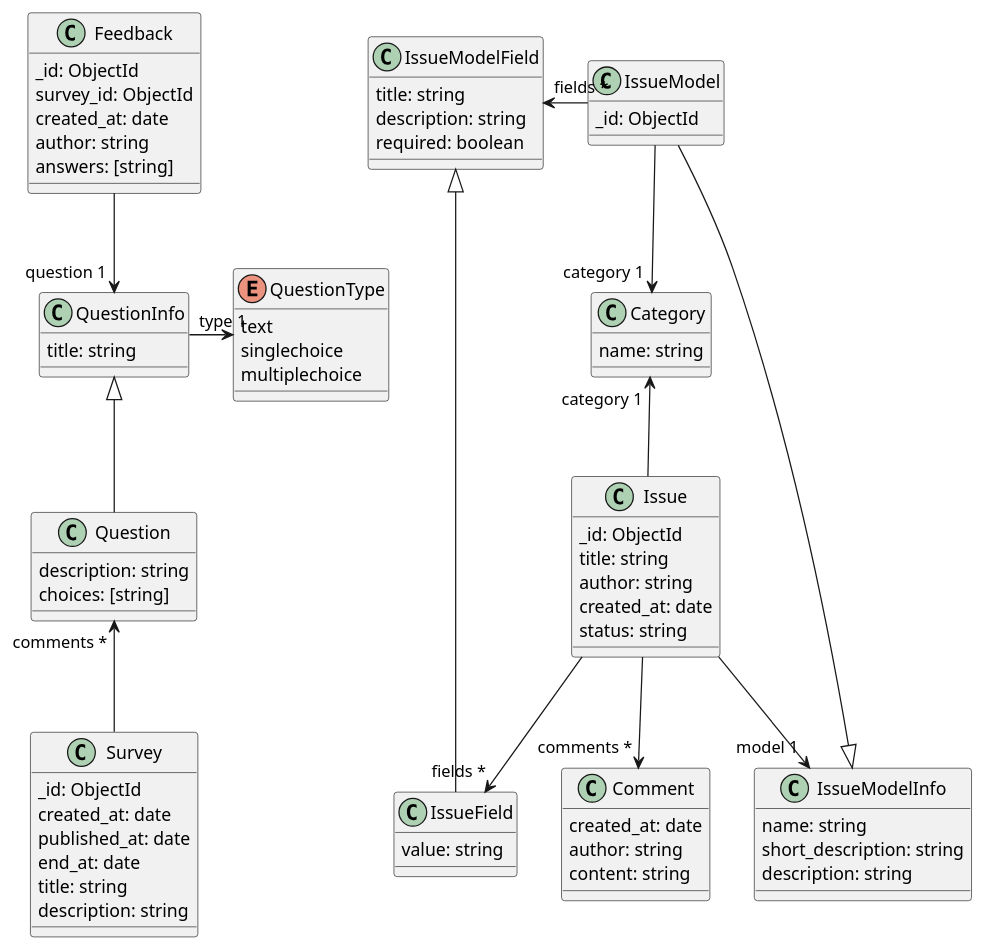
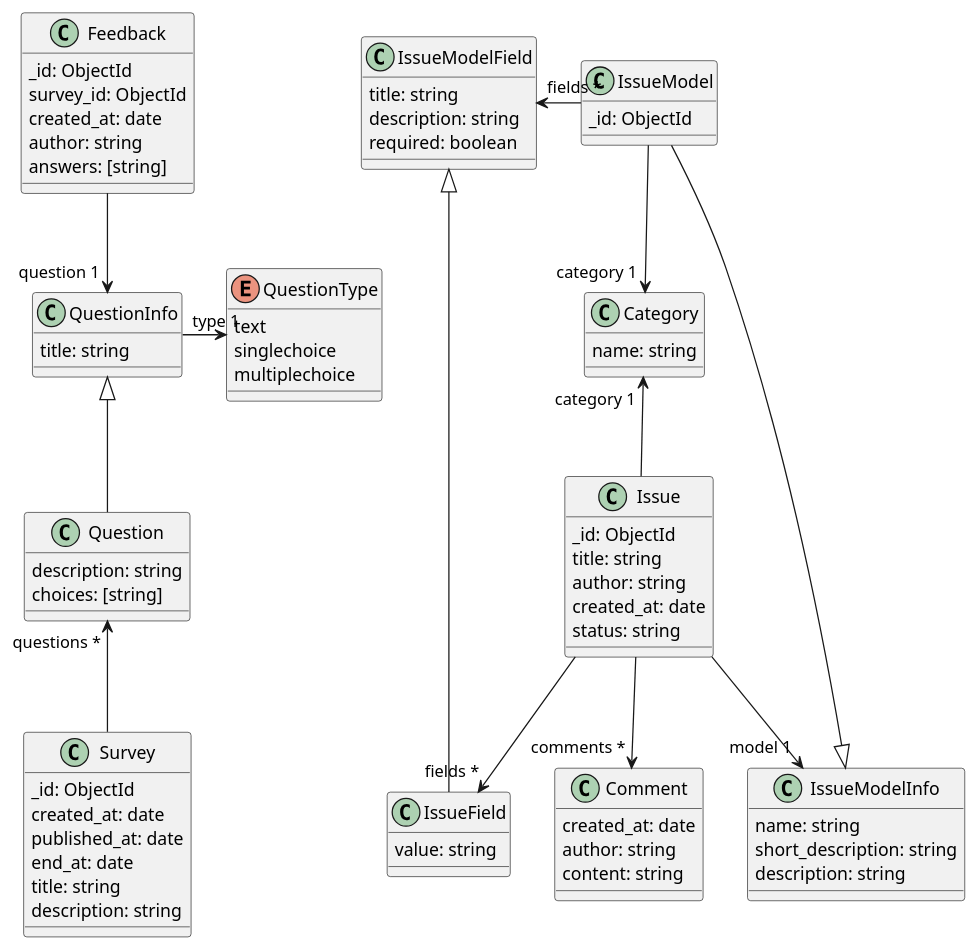
Before and after one commit to iShoFen/codefirst-support: the diagram in docs/api/class-diagramm.md, drawn with PlantUML. The commit also changed 5 other files, not shown here.

```diff
--- a/docs/api/class-diagramm.md
+++ b/docs/api/class-diagramm.md
@@ -84,7 +84,7 @@
   title: string
 }
 
-Survey -up-> "comments *" Question
+Survey -up-> "questions *" Question
 Feedback --> "question 1" QuestionInfo
 QuestionInfo -right-> "type 1" QuestionType
 
```
